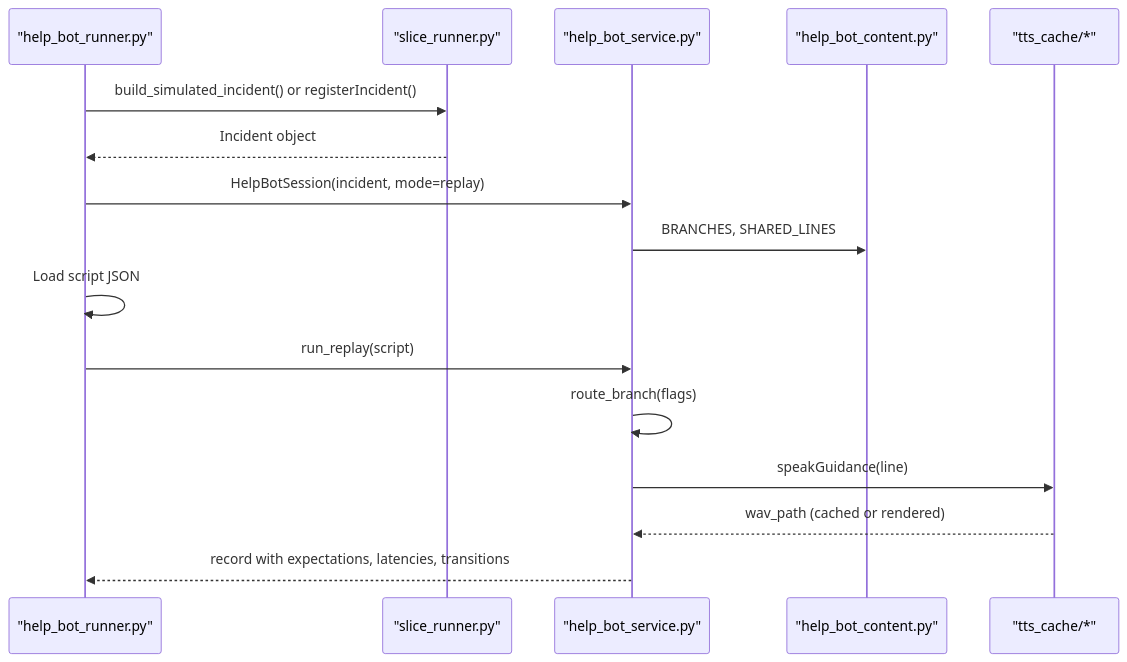
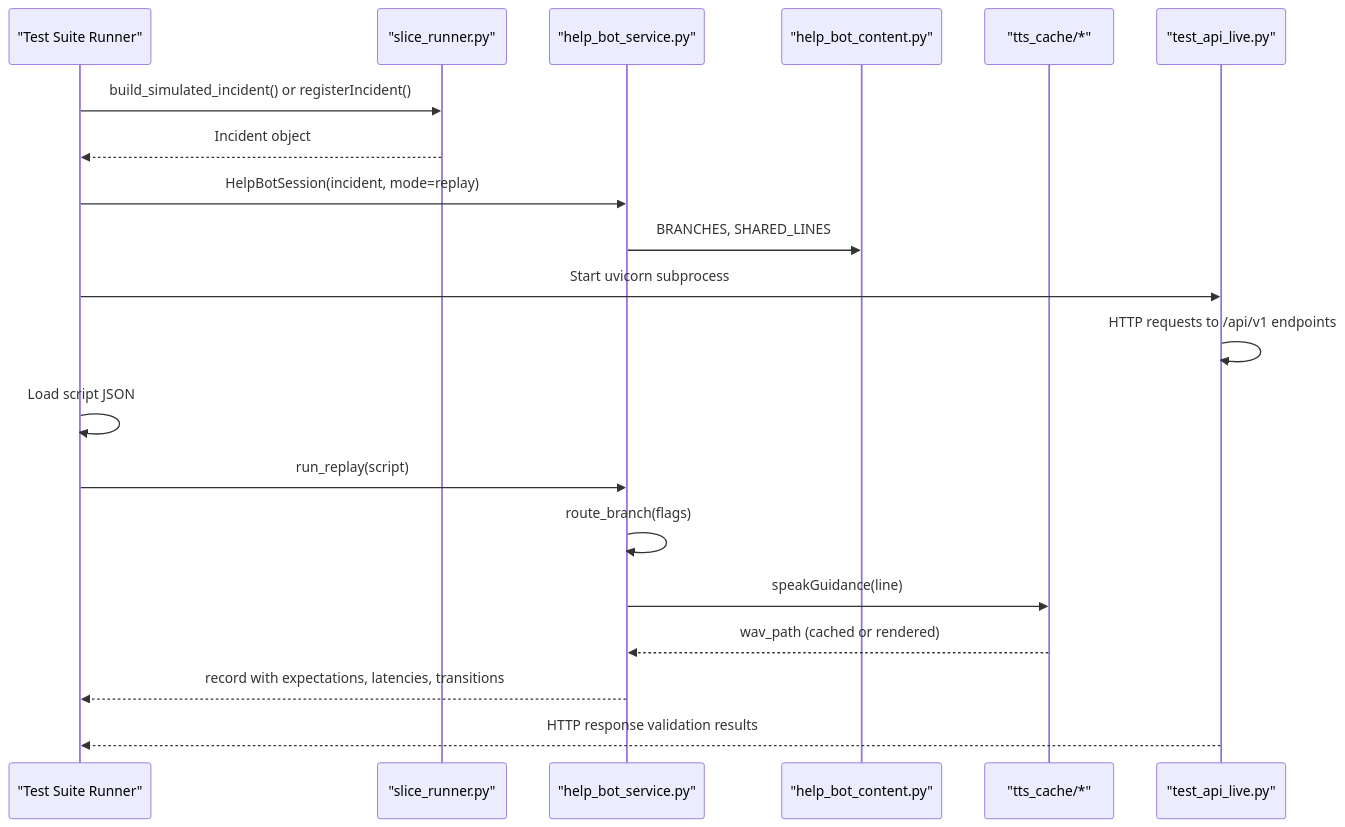
Before and after one commit to M-Rumman/LifeLine-Ride: the second of 7 diagrams in .qoder/repowiki/en/content/Testing & Simulation Framework.md, drawn with Mermaid. The commit also changed other lines of this file and 727 other files, not shown here.

````diff
--- a/.qoder/repowiki/en/content/Testing & Simulation Framework.md
+++ b/.qoder/repowiki/en/content/Testing & Simulation Framework.md
@@ -115,18 +171,22 @@
 ```mermaid
 sequenceDiagram
-participant CLI as "help_bot_runner.py"
+participant CLI as "Test Suite Runner"
 participant Slice as "slice_runner.py"
 participant Session as "help_bot_service.py"
 participant Content as "help_bot_content.py"
 participant Cache as "tts_cache/*"
+participant API as "test_api_live.py"
 CLI->>Slice : build_simulated_incident() or registerIncident()
 Slice-->>CLI : Incident object
 CLI->>Session : HelpBotSession(incident, mode=replay)
 Session->>Content : BRANCHES, SHARED_LINES
+CLI->>API : Start uvicorn subprocess
+API->>API : HTTP requests to /api/v1 endpoints
 CLI->>CLI : Load script JSON
 CLI->>Session : run_replay(script)
 Session->>Session : route_branch(flags)
 Session->>Cache : speakGuidance(line)
 Cache-->>Session : wav_path (cached or rendered)
 Session-->>CLI : record with expectations, latencies, transitions
+API-->>CLI : HTTP response validation results
 ```
````
